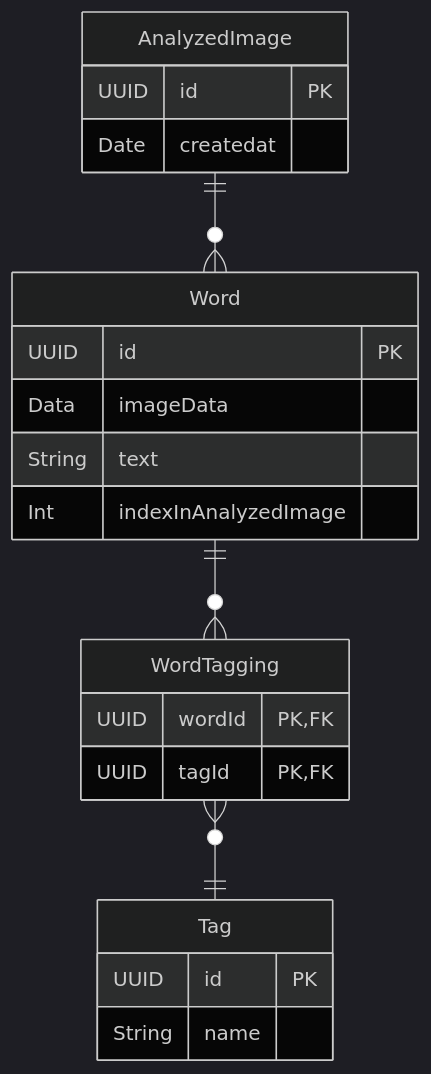
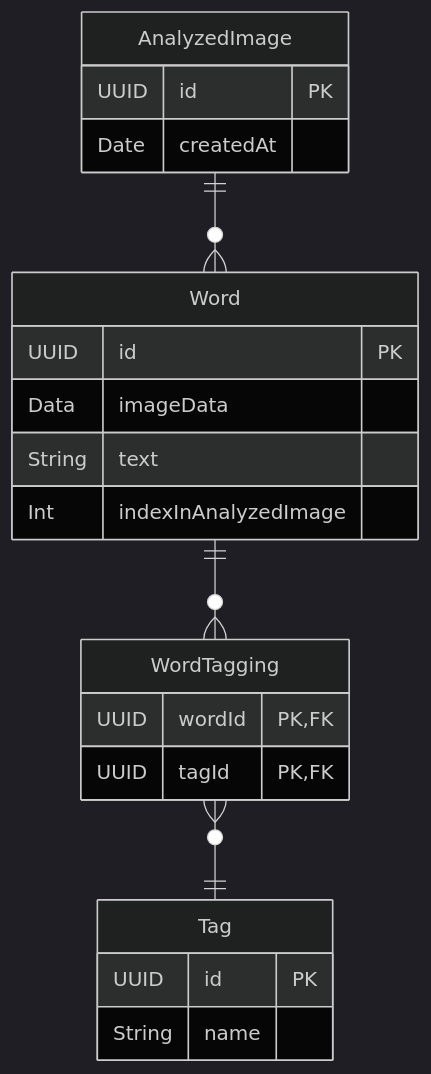
The diagram in README.md (bookii/Letters), drawn with Mermaid (dark theme) before and after one commit.

````diff
--- a/README.md
+++ b/README.md
@@ -5,24 +5,24 @@
 ```mermaid
 erDiagram
     AnalyzedImage ||--o{ Word : ""
     Word ||--o{ WordTagging : ""
     WordTagging }o--|| Tag : ""
     AnalyzedImage {
         UUID id PK
-        Date createdat
+        Date createdAt
     }
     Word {
         UUID id PK
         Data imageData
         String text
         Int indexInAnalyzedImage
     }
     WordTagging {
         UUID wordId PK,FK
         UUID tagId PK,FK
     }
     Tag {
         UUID id PK
         String name
     }
 ```
````
